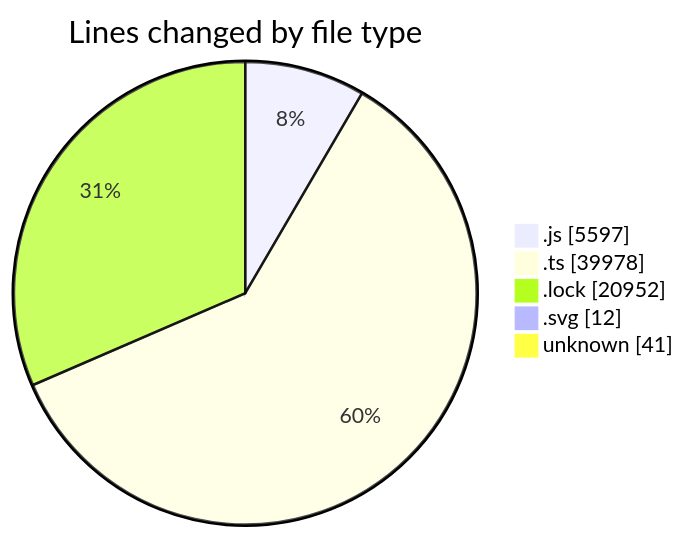
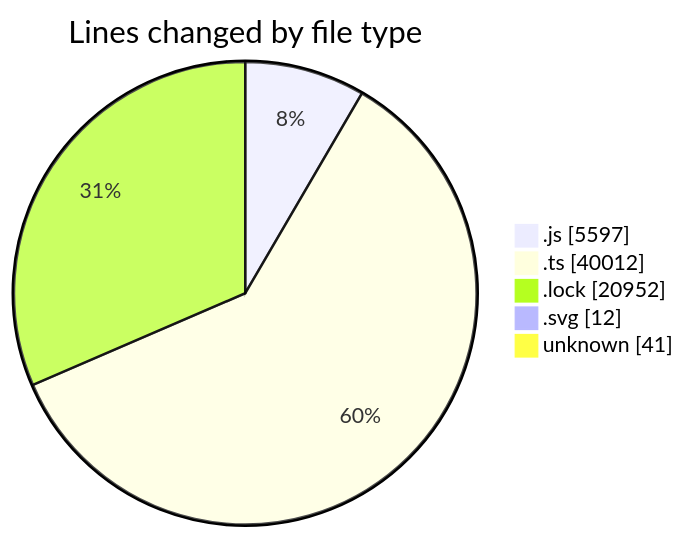
Before and after one commit to momahboobian/code-tracking: the first of 2 diagrams in 2025-08-12/cda/README.md, drawn with Mermaid. The commit also changed other lines of this file and 1 other file, not shown here.

````diff
--- a/2025-08-12/cda/README.md
+++ b/2025-08-12/cda/README.md
@@ -44,9 +44,9 @@
 ```mermaid
 pie showData
 title Lines changed by file type
 ".js" : 5597
-".ts" : 39978
+".ts" : 40012
 ".lock" : 20952
 ".svg" : 12
 "unknown" : 41
 ```
````
